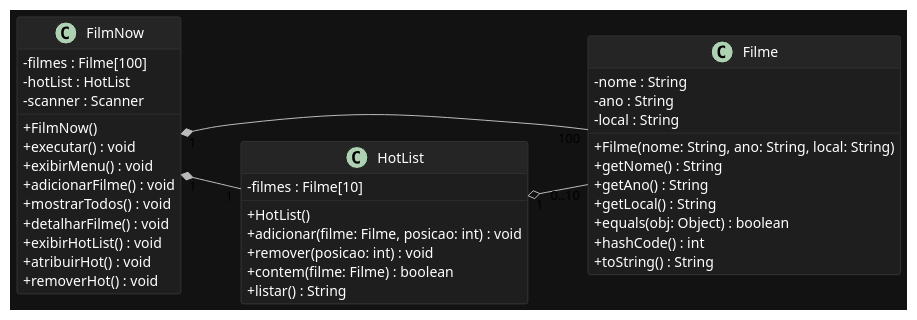
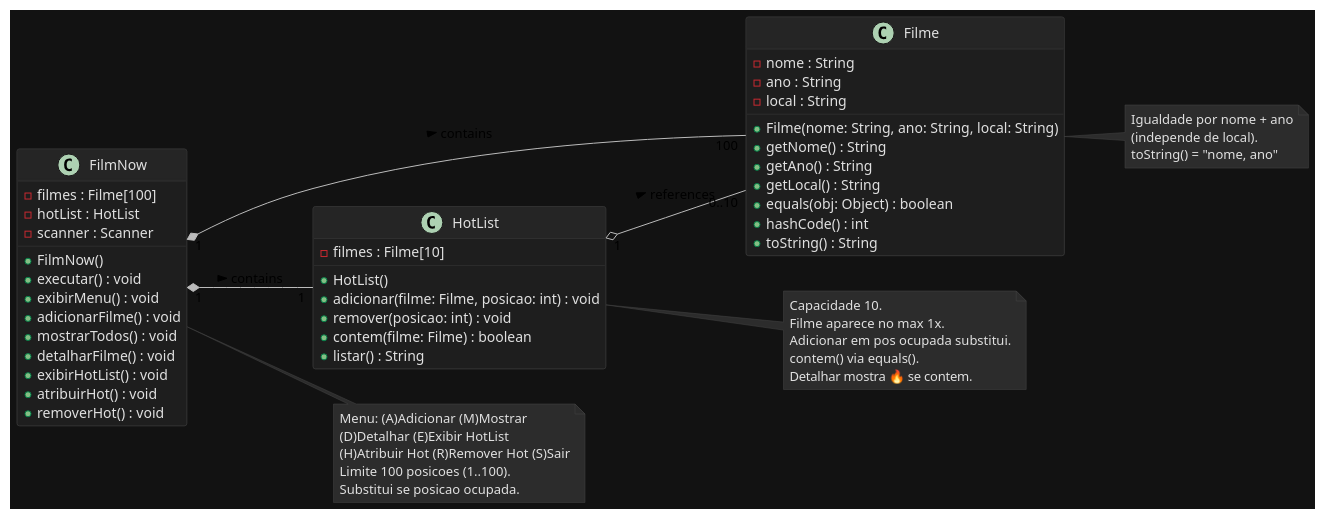
Before and after one commit to juliovlpsp-commits/LAB03: the diagram in docs/FilmNow_UML.puml, drawn with PlantUML. The commit also changed 1 other file, not shown here.

```diff
--- a/docs/FilmNow_UML.puml
+++ b/docs/FilmNow_UML.puml
@@ -1,55 +1,78 @@
 @startuml FilmNow
 left to right direction
 skinparam backgroundColor #121212
 skinparam shadowing false
 skinparam ArrowColor #BBBBBB
 skinparam ClassBackgroundColor #1E1E1E
 skinparam ClassBorderColor #3A3A3A
-skinparam ClassFontColor #FFFFFF
-skinparam ClassAttributeFontColor #FFFFFF
+skinparam ClassFontColor #E0E0E0
+skinparam ClassAttributeFontColor #E0E0E0
 skinparam ClassStereotypeFontColor #90CAF9
 skinparam ClassHeaderBackgroundColor #252525
-skinparam PackageBackgroundColor #121212
-skinparam classAttributeIconSize 0
+skinparam NoteBackgroundColor #2C2C2C
+skinparam NoteBorderColor #444444
+skinparam NoteFontColor #E0E0E0
 
 class FilmNow {
   - filmes : Filme[100]
   - hotList : HotList
   - scanner : Scanner
   + FilmNow()
   + executar() : void
   + exibirMenu() : void
   + adicionarFilme() : void
   + mostrarTodos() : void
   + detalharFilme() : void
   + exibirHotList() : void
   + atribuirHot() : void
   + removerHot() : void
 }
 
 class Filme {
   - nome : String
   - ano : String
   - local : String
   + Filme(nome: String, ano: String, local: String)
   + getNome() : String
   + getAno() : String
   + getLocal() : String
   + equals(obj: Object) : boolean
   + hashCode() : int
   + toString() : String
 }
 
 class HotList {
   - filmes : Filme[10]
   + HotList()
   + adicionar(filme: Filme, posicao: int) : void
   + remover(posicao: int) : void
   + contem(filme: Filme) : boolean
   + listar() : String
 }
 
-FilmNow "1" *-- "100" Filme
-FilmNow "1" *-- "1" HotList
-HotList "1" o-- "0..10" Filme
+FilmNow "1" *-- "100" Filme : contains >
+FilmNow "1" *-- "1" HotList : contains >
+HotList "1" o-- "0..10" Filme : references >
+
+note right of FilmNow
+  Menu: (A)Adicionar (M)Mostrar
+  (D)Detalhar (E)Exibir HotList
+  (H)Atribuir Hot (R)Remover Hot (S)Sair
+  Limite 100 posicoes (1..100).
+  Substitui se posicao ocupada.
+end note
+
+note right of Filme
+  Igualdade por nome + ano
+  (independe de local).
+  toString() = "nome, ano"
+end note
+
+note right of HotList
+  Capacidade 10.
+  Filme aparece no max 1x.
+  Adicionar em pos ocupada substitui.
+  contem() via equals().
+  Detalhar mostra 🔥 se contem.
+end note
 @enduml
```
